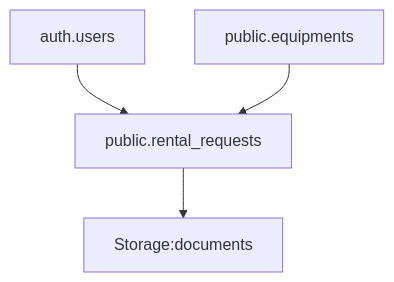
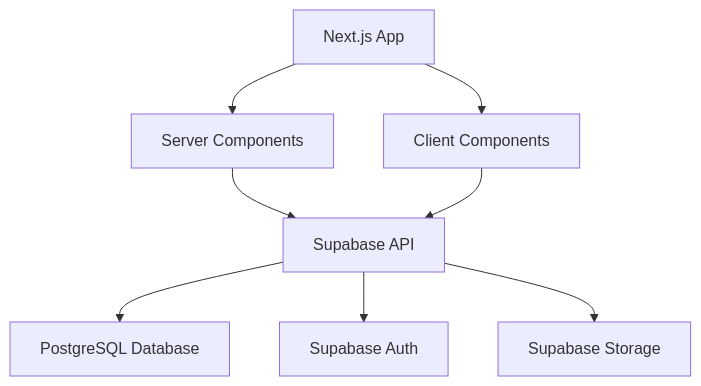
One commit to ViniciusBrown/equipment-rent-system-v3 changed the diagram in README.md. Above: the diagram before and after it, drawn with Mermaid. The commit also changed other lines of this file and 13 other files, not shown here.

````diff
--- a/README.md
+++ b/README.md
@@ -21,6 +48,10 @@
 ```mermaid
 graph TD
-    A[auth.users] --> B[public.rental_requests]
-    C[public.equipments] --> B
-    B --> D[Storage:documents]
+    A[Next.js App] --> B[Server Components]
+    A --> C[Client Components]
+    B --> D[Supabase API]
+    C --> D
+    D --> E[PostgreSQL Database]
+    D --> F[Supabase Auth]
+    D --> G[Supabase Storage]
 ```
````
